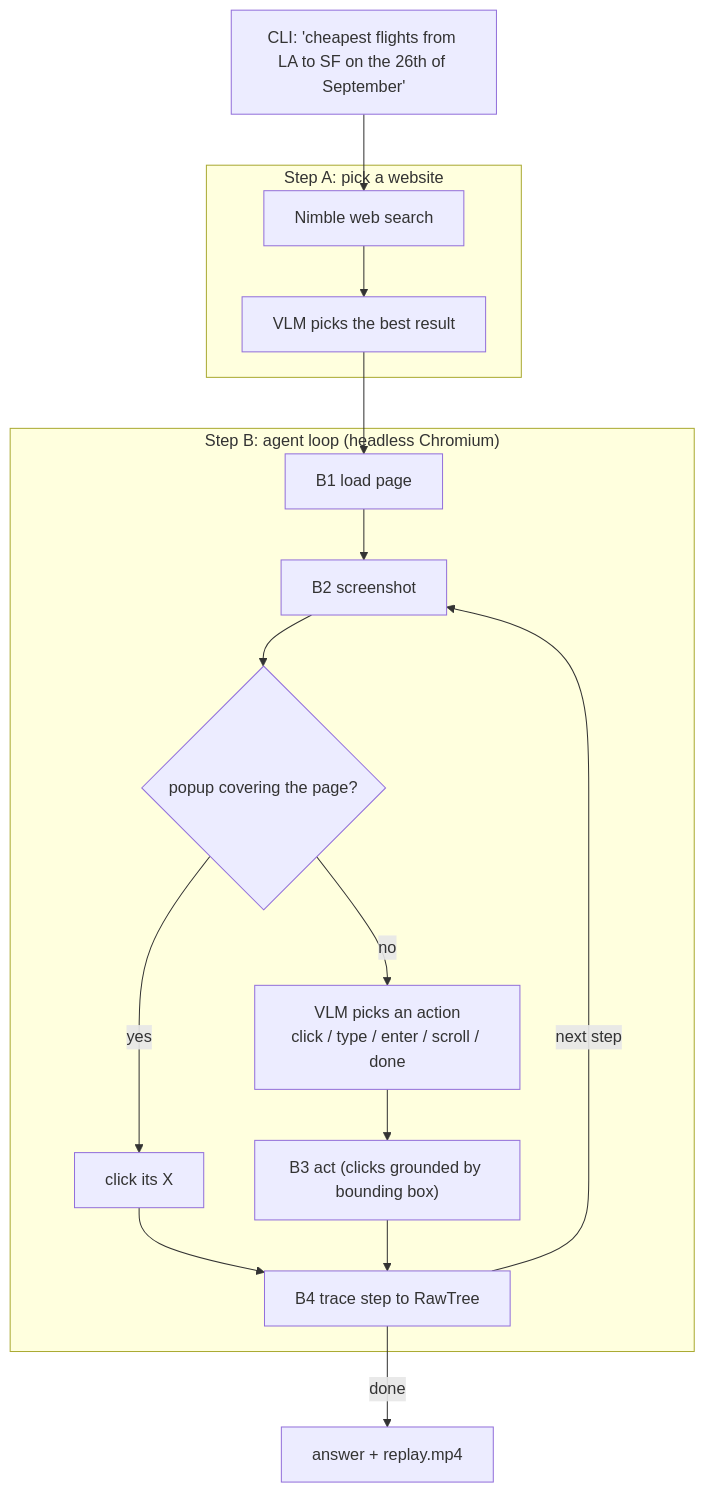
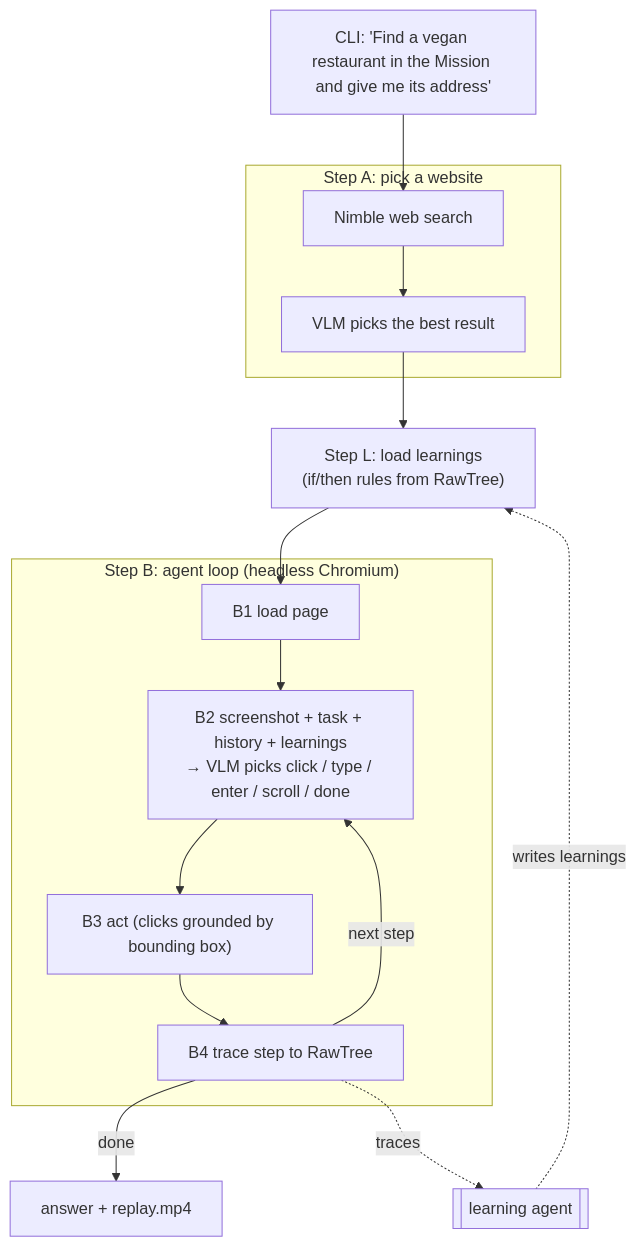
The diagram in README.md (EliotAndres/long-horizon-agents-hackathon), drawn with Mermaid before and after one commit. The commit also changed other lines of this file and 2 other files, not shown here.

First line of the commit message:
Generic tasks + load learnings step; drop the hard-coded popup check

````diff
--- a/README.md
+++ b/README.md
@@ -5,19 +5,18 @@
 ```mermaid
 flowchart TD
-    Q["CLI: 'cheapest flights from LA to SF on the 26th of September'"] --> A1
+    Q["CLI: 'Find a vegan restaurant in the Mission and give me its address'"] --> A1
     subgraph A["Step A: pick a website"]
         A1[Nimble web search] --> A2[VLM picks the best result]
     end
-    A2 --> B1
+    A2 --> L
+    L["Step L: load learnings<br/>(if/then rules from RawTree)"] --> B1
     subgraph B["Step B: agent loop (headless Chromium)"]
-        B1[B1 load page] --> B2[B2 screenshot]
-        B2 --> P{popup covering the page?}
-        P -- yes --> X[click its X]
-        P -- no --> V["VLM picks an action<br/>click / type / enter / scroll / done"]
-        V --> B3["B3 act (clicks grounded by bounding box)"]
-        X --> B4
+        B1[B1 load page] --> B2["B2 screenshot + task + history + learnings<br/>→ VLM picks click / type / enter / scroll / done"]
+        B2 --> B3["B3 act (clicks grounded by bounding box)"]
         B3 --> B4[B4 trace step to RawTree]
         B4 -- next step --> B2
     end
     B4 -- done --> R[answer + replay.mp4]
+    B4 -. traces .-> LA[[learning agent]]
+    LA -. writes learnings .-> L
 ```
````
